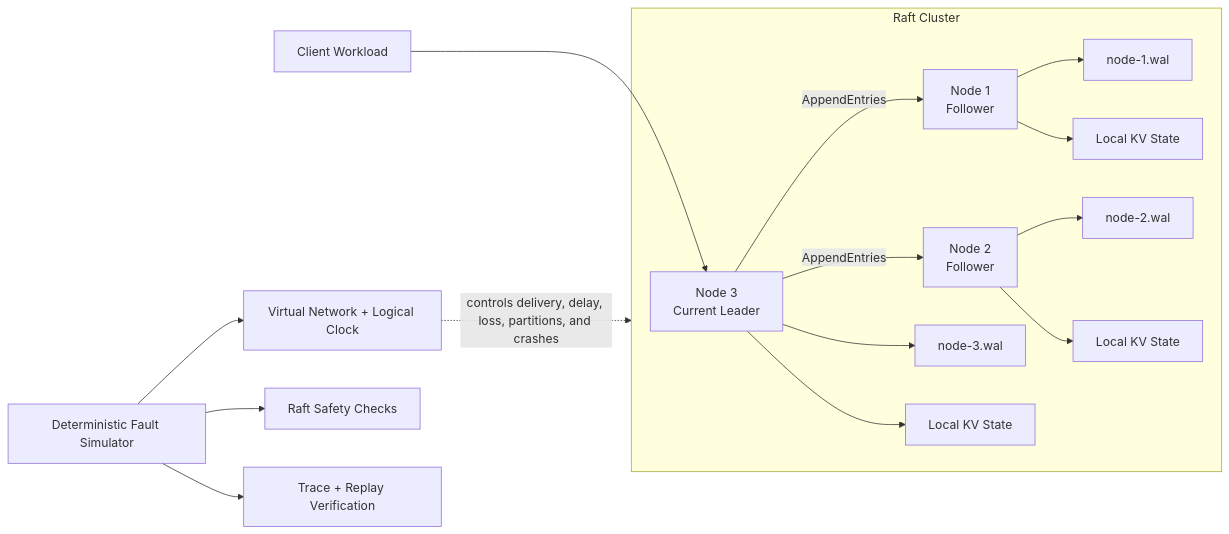
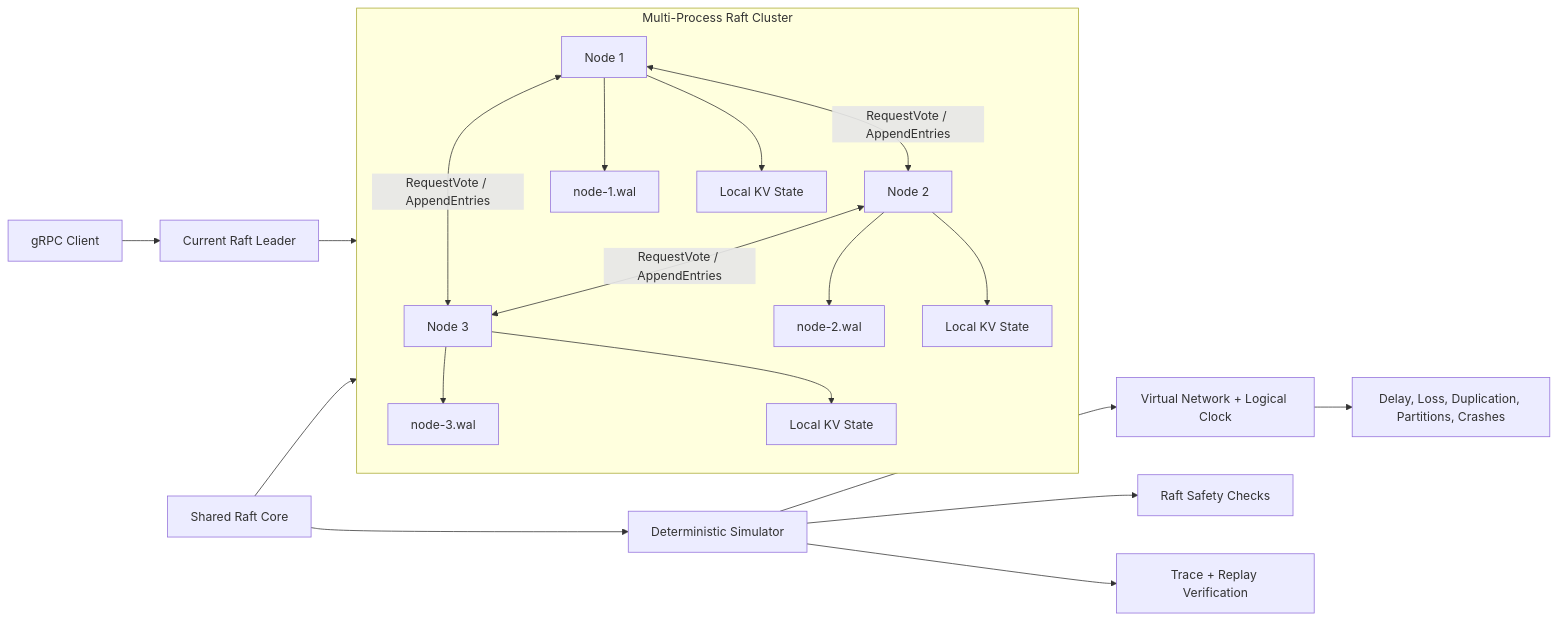
The first of 3 diagrams in README.md (sharan-s2k/distributed-key-value-store), drawn with Mermaid before and after one commit. The commit also changed other lines of this file, not shown here.

Commit message:
docs: document gRPC runtime and multi-node usage

````diff
--- a/README.md
+++ b/README.md
@@ -9,27 +9,32 @@
 ```mermaid
 flowchart LR
-    Client["Client Workload"] --> N3["Node 3<br/>Current Leader"]
+    Client["gRPC Client"] --> Leader["Current Raft Leader"]
 
-    subgraph Cluster["Raft Cluster"]
-        N1["Node 1<br/>Follower"]
-        N2["Node 2<br/>Follower"]
-        N3
+    subgraph Cluster["Multi-Process Raft Cluster"]
+        N1["Node 1"]
+        N2["Node 2"]
+        N3["Node 3"]
 
-        N3 -->|"AppendEntries"| N1
-        N3 -->|"AppendEntries"| N2
+        N1 <--> |"RequestVote / AppendEntries"| N2
+        N2 <--> |"RequestVote / AppendEntries"| N3
+        N1 <--> |"RequestVote / AppendEntries"| N3
 
         N1 --> W1["node-1.wal"]
         N2 --> W2["node-2.wal"]
         N3 --> W3["node-3.wal"]
 
         N1 --> KV1["Local KV State"]
         N2 --> KV2["Local KV State"]
         N3 --> KV3["Local KV State"]
     end
 
-    Simulator["Deterministic Fault Simulator"] --> Network["Virtual Network + Logical Clock"]
-    Network -. "controls delivery, delay, loss, partitions, and crashes" .-> Cluster
+    Leader --> Cluster
 
+    Core["Shared Raft Core"] --> Cluster
+    Core --> Simulator["Deterministic Simulator"]
+
+    Simulator --> Network["Virtual Network + Logical Clock"]
+    Network --> Faults["Delay, Loss, Duplication, Partitions, Crashes"]
     Simulator --> Checks["Raft Safety Checks"]
     Simulator --> Trace["Trace + Replay Verification"]
 ```
````
